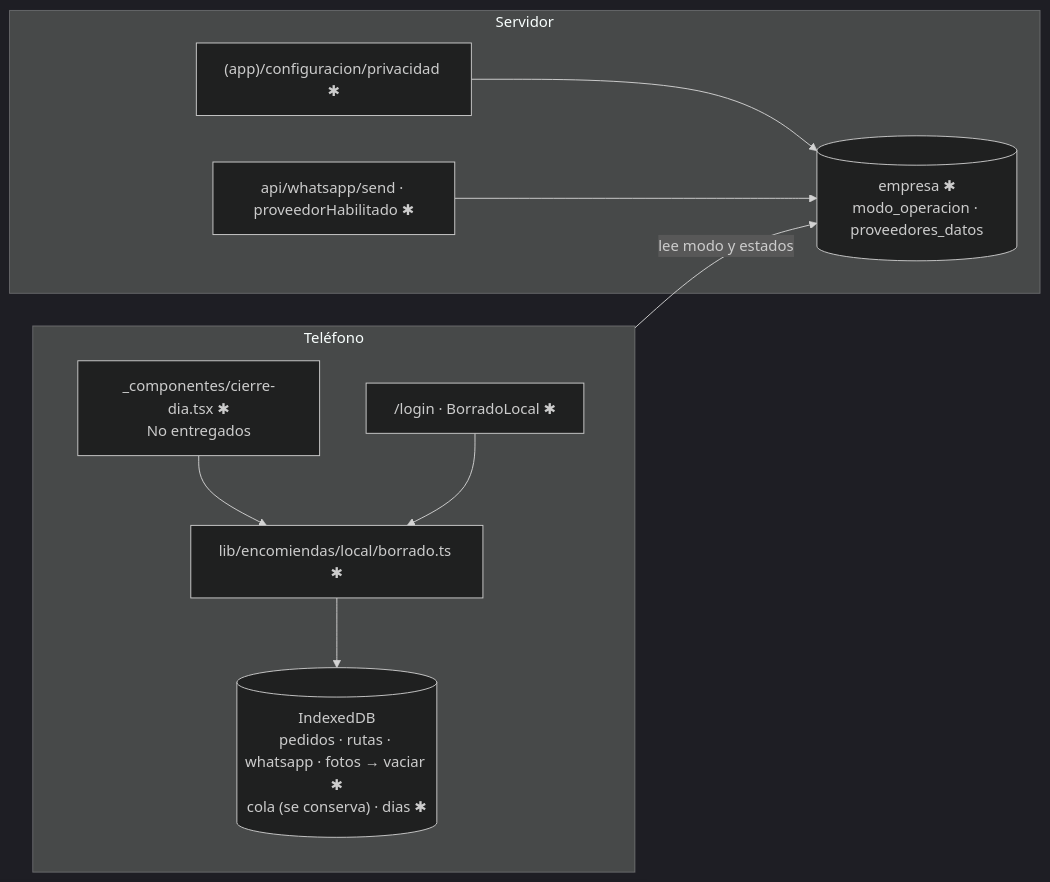
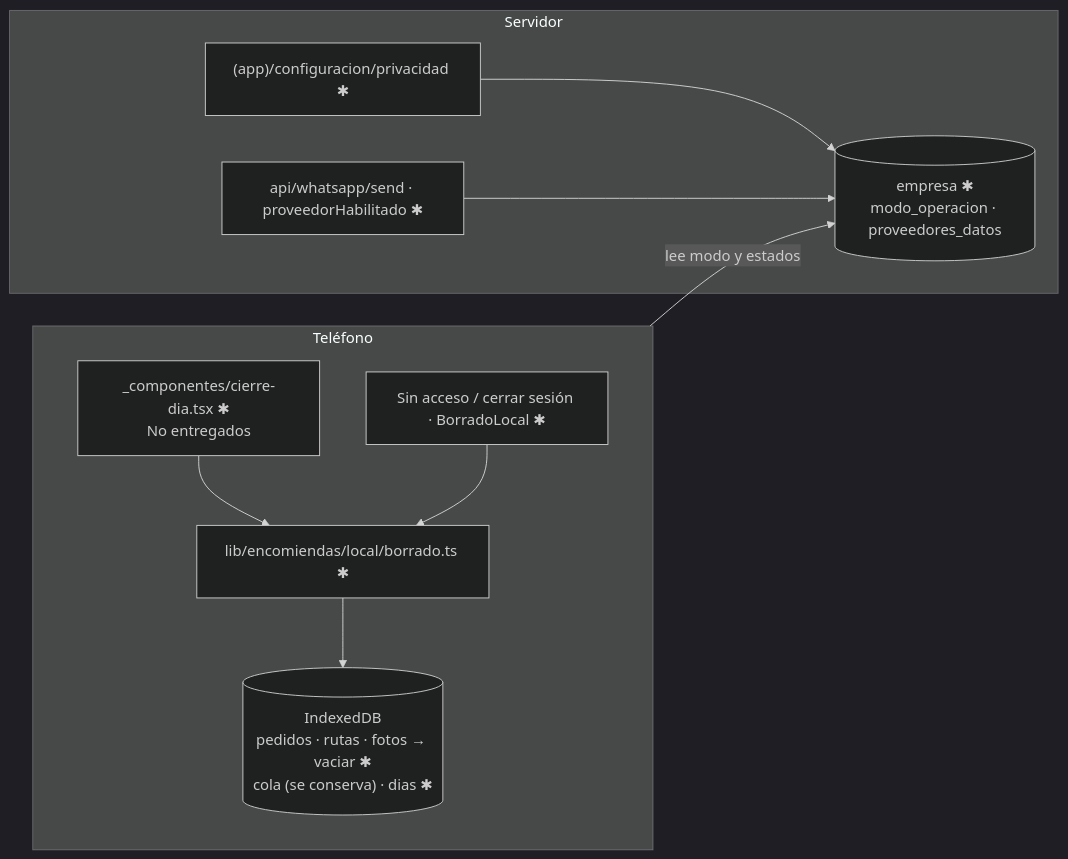
The diagram in specs/007-cumplimiento-datos/plan.md (etianypr/ProyectoAres), drawn with Mermaid (dark theme) before and after one commit. The commit also changed other lines of this file and 426 other files, not shown here.

````diff
--- a/specs/007-cumplimiento-datos/plan.md
+++ b/specs/007-cumplimiento-datos/plan.md
@@ -34,19 +34,19 @@
 ```mermaid
 flowchart LR
   subgraph TEL["Teléfono"]
     CIERRE["_componentes/cierre-dia.tsx ✱<br/>No entregados"]
     BOR["lib/encomiendas/local/borrado.ts ✱"]
-    LOGIN["/login · BorradoLocal ✱"]
-    IDB[("IndexedDB<br/>pedidos · rutas · whatsapp · fotos → vaciar ✱<br/>cola (se conserva) · dias ✱")]
+    LOGIN["Sin acceso / cerrar sesión · BorradoLocal ✱"]
+    IDB[("IndexedDB<br/>pedidos · rutas · fotos → vaciar ✱<br/>cola (se conserva) · dias ✱")]
     CIERRE --> BOR --> IDB
     LOGIN --> BOR
   end
   subgraph SRV["Servidor"]
     CONF["(app)/configuracion/privacidad ✱"]
     API["api/whatsapp/send · proveedorHabilitado ✱"]
     DB[("empresa ✱<br/>modo_operacion · proveedores_datos")]
     CONF --> DB
     API --> DB
   end
   TEL -->|"lee modo y estados"| DB
 ```
````
